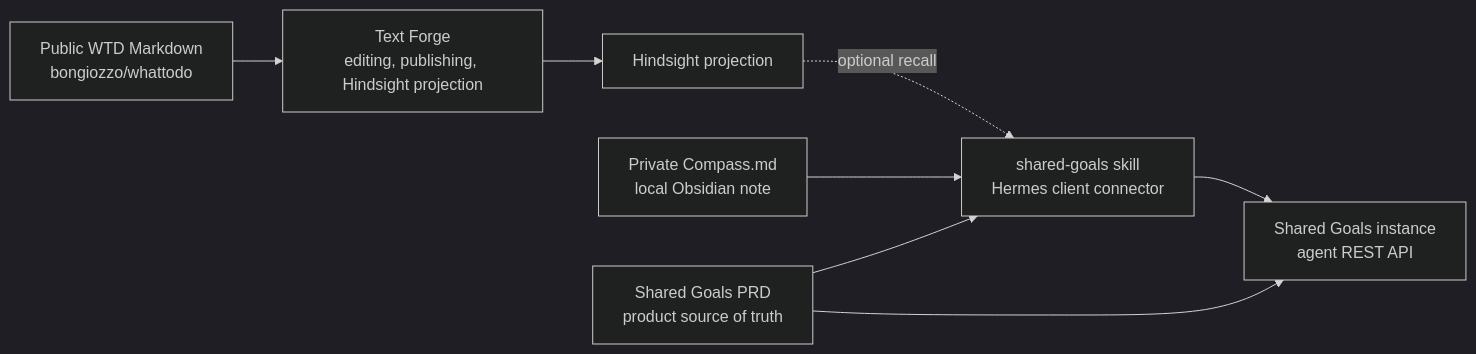
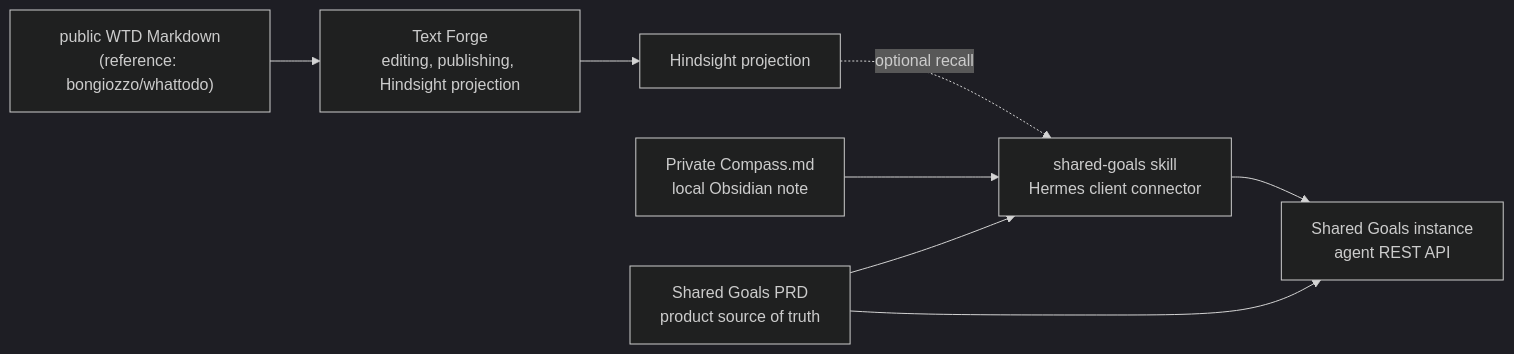
The diagram in README.md (shared-goals/skill), drawn with Mermaid (dark theme) before and after one commit. The commit also changed other lines of this file and 1 other file, not shown here.

Commit message:
docs: treat the published WTD site and reference repo as examples, not hardcoded values

````diff
--- a/README.md
+++ b/README.md
@@ -33,17 +33,17 @@
 ```mermaid
 flowchart LR
 		Compass["Private Compass.md<br/>local Obsidian note"]
-		WTD["Public WTD Markdown<br/>bongiozzo/whattodo"]
+		WTD["public WTD Markdown<br/>(reference: bongiozzo/whattodo)"]
 		Forge["Text Forge<br/>editing, publishing, Hindsight projection"]
 		Skill["shared-goals skill<br/>Hermes client connector"]
 		API["Shared Goals instance<br/>agent REST API"]
 		PRD["Shared Goals PRD<br/>product source of truth"]
 
 		WTD --> Forge
 		Forge --> Memory["Hindsight projection"]
 		Memory -. optional recall .-> Skill
 		Compass --> Skill
 		Skill --> API
 		PRD --> Skill
 		PRD --> API
 ```
````
